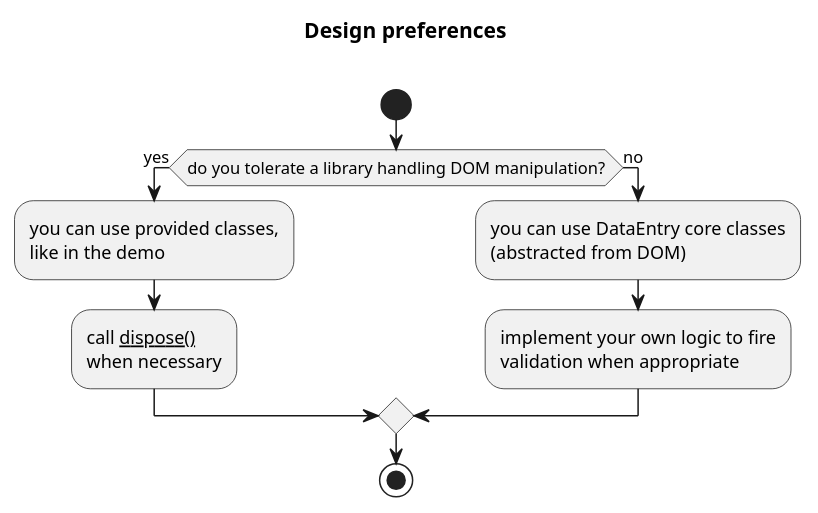
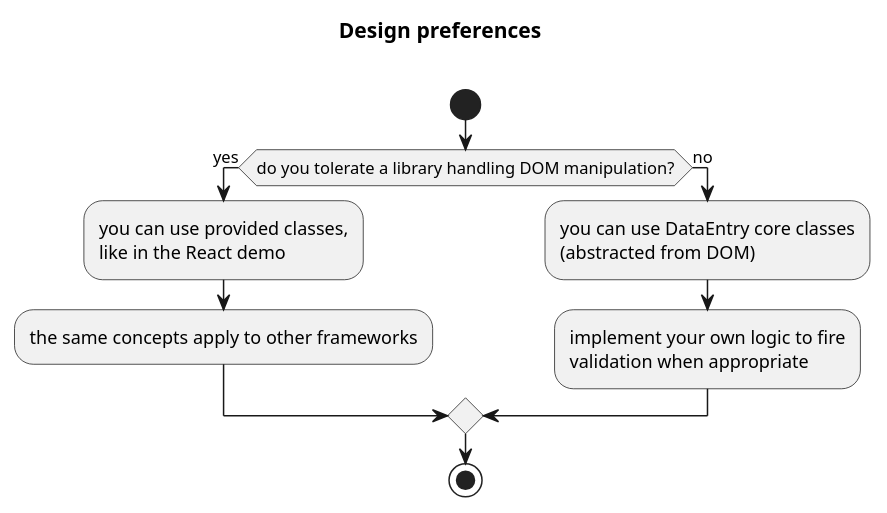
The diagram in docs/framework-preference.wsd (RobertoPrevato/DataEntry), drawn with PlantUML before and after one commit. The commit also changed 1 other file, not shown here.

Commit message:
updates diagram

```diff
--- a/docs/framework-preference.wsd
+++ b/docs/framework-preference.wsd
@@ -1,15 +1,15 @@
 @startuml
 
 start
 title Design preferences\n
 
 if (do you tolerate a library handling DOM manipulation?) then (yes)
-  :you can use provided classes,\nlike in the demo;
-  :call __dispose()__\nwhen necessary;
+  :you can use provided classes,\nlike in the React demo;
+  :the same concepts apply to other frameworks;
 else (no)
   :you can use DataEntry core classes\n(abstracted from DOM);
   :implement your own logic to fire\nvalidation when appropriate;
 endif
 stop
 
 @enduml
```
